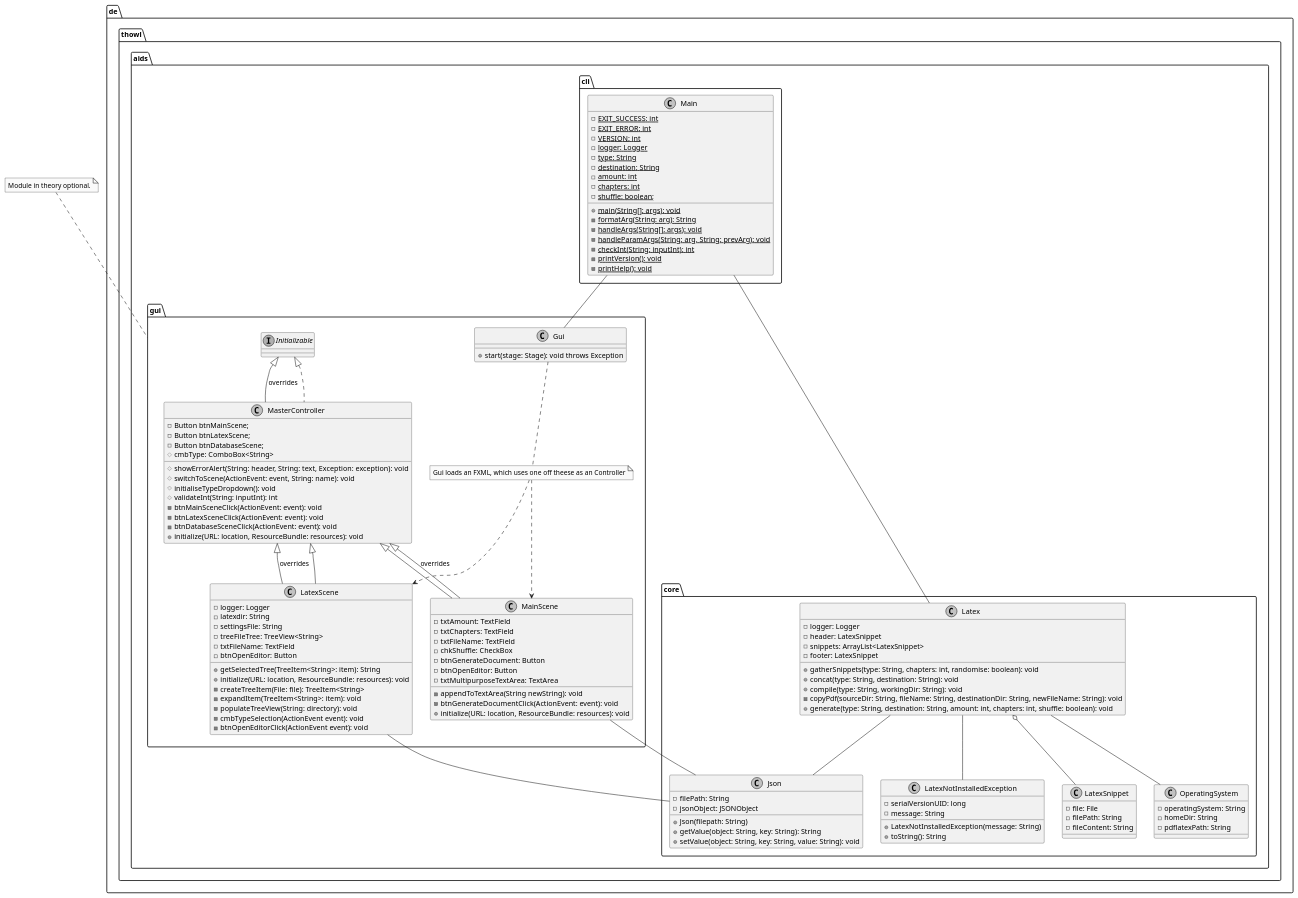
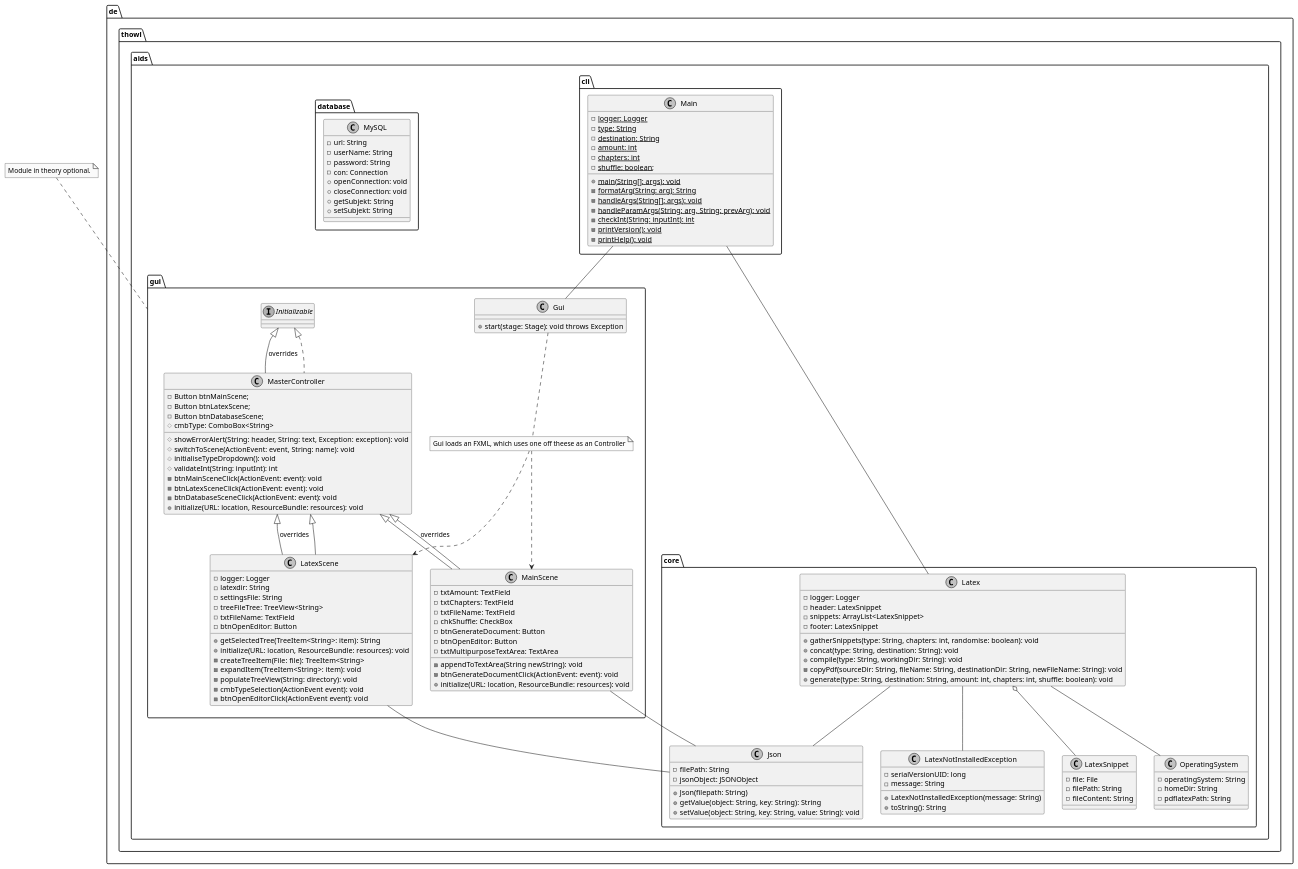
The diagram in docs/dev/technical_documentation/diagramm/uml/aids.puml (j0giwa/autonomous-instant-documents), drawn with PlantUML before and after one commit. The commit also changed 1 other file, not shown here.

Commit message:
Added DB Url

```diff
--- a/docs/dev/technical_documentation/diagramm/uml/aids.puml
+++ b/docs/dev/technical_documentation/diagramm/uml/aids.puml
@@ -1,137 +1,148 @@
 @startuml aids
 
 skinparam monochrome true
 
 de.thowl.aids.cli.Main -- de.thowl.aids.gui.Gui
 de.thowl.aids.cli.Main -- de.thowl.aids.core.Latex
 de.thowl.aids.gui.MainScene -- de.thowl.aids.core.Json
 de.thowl.aids.gui.LatexScene -- de.thowl.aids.core.Json
 
 package de.thowl.aids.cli {
 	class Main {
-		- {static} EXIT_SUCCESS: int
-		- {static} EXIT_ERROR: int
-		- {static} VERSION: int
 		- {static} logger: Logger
 		- {static} type: String
 		- {static} destination: String
 		- {static} amount: int
 		- {static} chapters: int
 		- {static} shuffle: boolean;
 		+ {static} main(String[]: args): void
 		- {static} formatArg(String: arg): String
 		- {static} handleArgs(String[]: args): void
 		- {static} handleParamArgs(String: arg, String: prevArg): void
 		- {static} checkInt(String: inputInt): int
 		- {static} printVersion(): void
 		- {static} printHelp(): void
 	}
 }
 
 package de.thowl.aids.core {
 	class Latex {
 		- logger: Logger
 		- header: LatexSnippet
 		- snippets: ArrayList<LatexSnippet>
 		- footer: LatexSnippet
 		+ gatherSnippets(type: String, chapters: int, randomise: boolean): void
 		+ concat(type: String, destination: String): void
 		+ compile(type: String, workingDir: String): void
 		- copyPdf(sourceDir: String, fileName: String, destinationDir: String, newFileName: String): void
 		+ generate(type: String, destination: String, amount: int, chapters: int, shuffle: boolean): void
 	}
 
 	Latex o-- LatexSnippet 
 	Latex -- OperatingSystem
 	Latex -- Json
 	Latex -- LatexNotInstalledException
 
 	class OperatingSystem {
 		- operatingSystem: String
 		- homeDir: String
 		- pdflatexPath: String
 	}
 
 	class Json {
 		- filePath: String
 		- jsonObject: JSONObject
 		+ Json(filepath: String)
 		+ getValue(object: String, key: String): String
 		+ setValue(object: String, key: String, value: String): void
 	}
 
 	class LatexNotInstalledException {
 		- serialVersionUID: long
 		- message: String
 		+ LatexNotInstalledException(message: String)
 		+ toString(): String
 	}
 
 	class LatexSnippet {
 		- file: File
 		- filePath: String
 		- fileContent: String
 	}
 
 }
 
 note top of de.thowl.aids.gui : Module in theory optional.
 package de.thowl.aids.gui{
 	class Gui {
 		+ start(stage: Stage): void throws Exception
 	}
 
 	note "Gui loads an FXML, which uses one off theese as an Controller" as N1
 	Gui .. N1
 	N1 ..> MainScene
 	N1 ..> LatexScene
 
 	class MasterController implements Initializable{
 		- Button btnMainScene;
 		- Button btnLatexScene;
 		- Button btnDatabaseScene;
 		# cmbType: ComboBox<String>
 		# showErrorAlert(String: header, String: text, Exception: exception): void
 		# switchToScene(ActionEvent: event, String: name): void
 		# initialiseTypeDropdown(): void
 		# validateInt(String: inputInt): int
 		- btnMainSceneClick(ActionEvent: event): void
 		- btnLatexSceneClick(ActionEvent: event): void
 		- btnDatabaseSceneClick(ActionEvent: event): void
 		+ initialize(URL: location, ResourceBundle: resources): void
 	}
 
 	class MainScene extends MasterController {
 		- txtAmount: TextField
 		- txtChapters: TextField
 		- txtFileName: TextField
 		- chkShuffle: CheckBox
 		- btnGenerateDocument: Button
 		- btnOpenEditor: Button
 		- txtMultipurposeTextArea: TextArea
 		- appendToTextArea(String newString): void
 		- btnGenerateDocumentClick(ActionEvent: event): void
 		+ initialize(URL: location, ResourceBundle: resources): void
 	}
 
 	class LatexScene extends MasterController {
 		- logger: Logger
 		- latexdir: String
 		- settingsFile: String
 		- treeFileTree: TreeView<String>
 		- txtFileName: TextField
 		- btnOpenEditor: Button
 		+ getSelectedTree(TreeItem<String>: item): String
 		+ initialize(URL: location, ResourceBundle: resources): void
 		- createTreeItem(File: file): TreeItem<String>
 		- expandItem(TreeItem<String>: item): void
 		- populateTreeView(String: directory): void
 		- cmbTypeSelection(ActionEvent event): void
 		- btnOpenEditorClick(ActionEvent event): void 
 	}
 
 	Initializable <|-- MasterController : overrides
 	MasterController <|-- MainScene : overrides
 	MasterController <|-- LatexScene : overrides
 }
+
+package de.thowl.aids.database {
+        class MySQL{
+                - url: String
+                - userName: String
+                - password: String
+                - con: Connection
+                + openConnection: void
+                + closeConnection: void
+                + getSubjekt: String
+                + setSubjekt: String
+        }
+}
+
 @enduml
```
